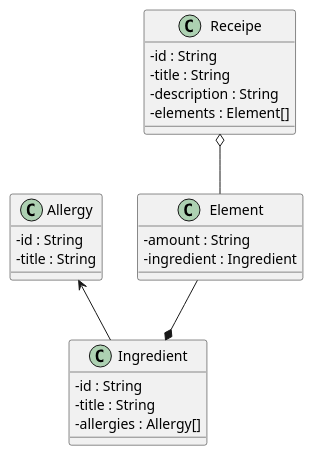
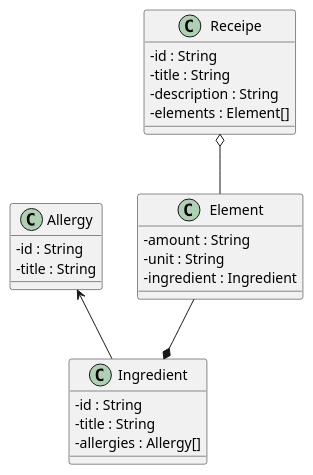
One commit to CleaverCookers/CleaverCooksApp changed the diagram in doc/CleaverCooksModels.puml. Above: the diagram before and after it, drawn with PlantUML. The commit also changed 8 other files, not shown here.

```diff
--- a/doc/CleaverCooksModels.puml
+++ b/doc/CleaverCooksModels.puml
@@ -1,37 +1,38 @@
 @startuml Class Diagram
 skinparam classAttributeIconSize 0
 
 /'
 Class Diagram for the CleaverCooks
 Version : 0.1.0
 Date : 14.12.2023
 '/
 
 class Allergy{
     - id : String
     - title : String
 }
 
 class Ingredient{
     - id : String
     - title : String
     - allergies : Allergy[]
 }
 
 
 class Receipe{
     - id : String
     - title : String
     - description : String
     - elements : Element[]
 }
 
 class Element{
     - amount : String
+    - unit : String
     - ingredient : Ingredient
 }
 
 Allergy <-- Ingredient
 Receipe o-- Element
 Element --* Ingredient
 @enduml
```
